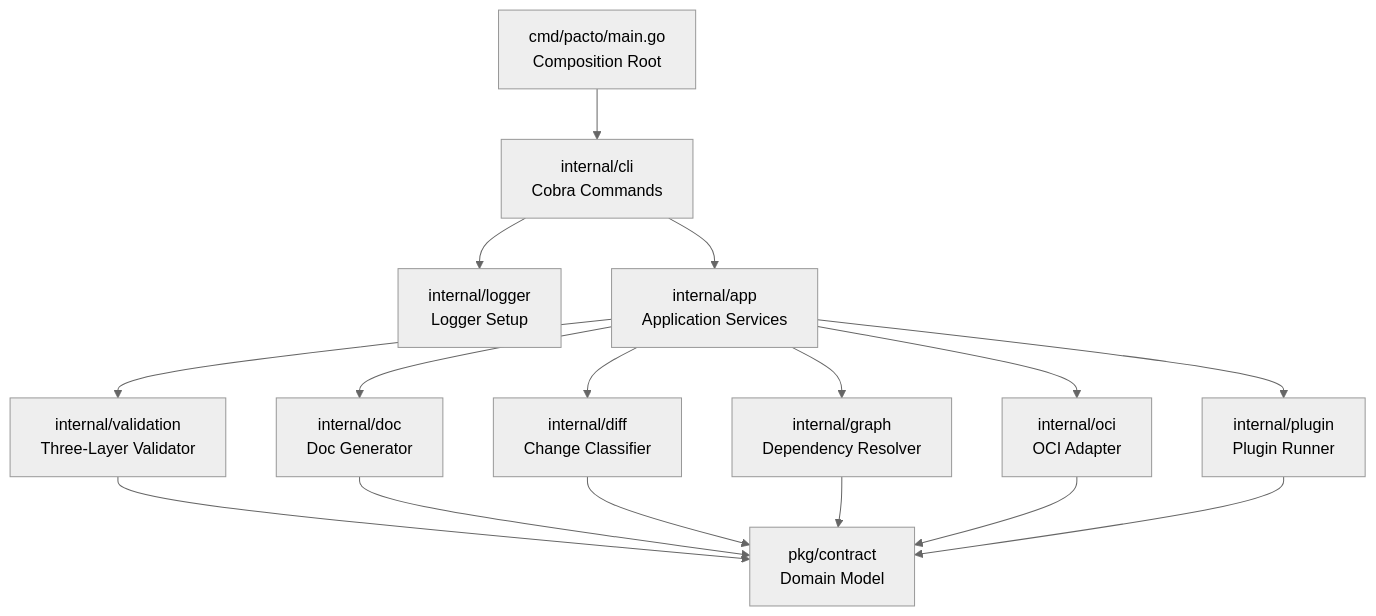
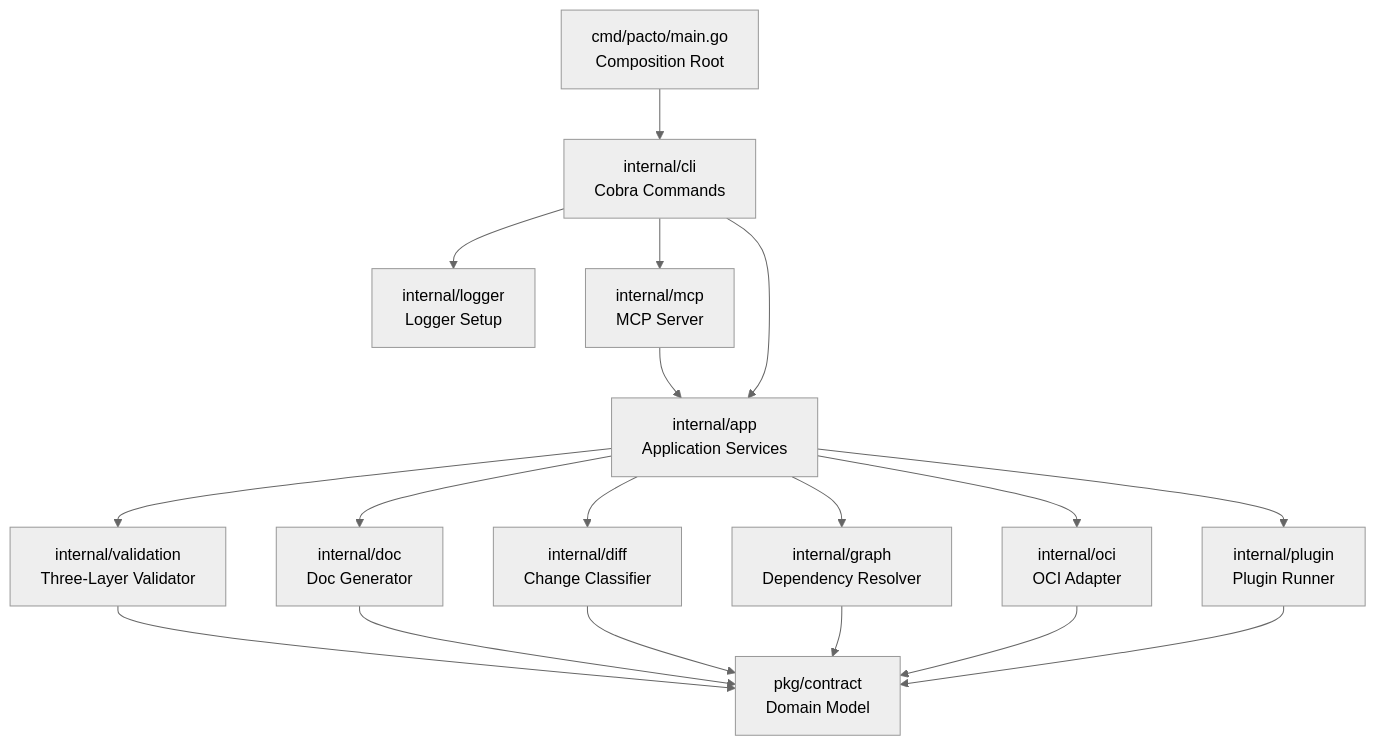
One commit to BurkeVeble83476n/pacto changed the first of 2 diagrams in docs/architecture.md. Above: the diagram before and after it, drawn with Mermaid (neutral theme). The commit also changed other lines of this file and 18 other files, not shown here.

First line of the commit message:
feat: add MCP server for AI tool integration (#17)

````diff
--- a/docs/architecture.md
+++ b/docs/architecture.md
@@ -24,18 +24,20 @@
 ```mermaid
 graph TD
     MAIN[cmd/pacto/main.go<br/>Composition Root] --> CLI[internal/cli<br/>Cobra Commands]
     CLI --> LOG[internal/logger<br/>Logger Setup]
+    CLI --> MCP[internal/mcp<br/>MCP Server]
+    MCP --> APP
     CLI --> APP[internal/app<br/>Application Services]
     APP --> VAL[internal/validation<br/>Three-Layer Validator]
     APP --> DIFF[internal/diff<br/>Change Classifier]
     APP --> GRAPH[internal/graph<br/>Dependency Resolver]
     APP --> OCI[internal/oci<br/>OCI Adapter]
     APP --> PLUG[internal/plugin<br/>Plugin Runner]
     APP --> DOC[internal/doc<br/>Doc Generator]
     VAL --> CONTRACT[pkg/contract<br/>Domain Model]
     DOC --> CONTRACT
     DIFF --> CONTRACT
     GRAPH --> CONTRACT
     OCI --> CONTRACT
     PLUG --> CONTRACT
 ```
````
